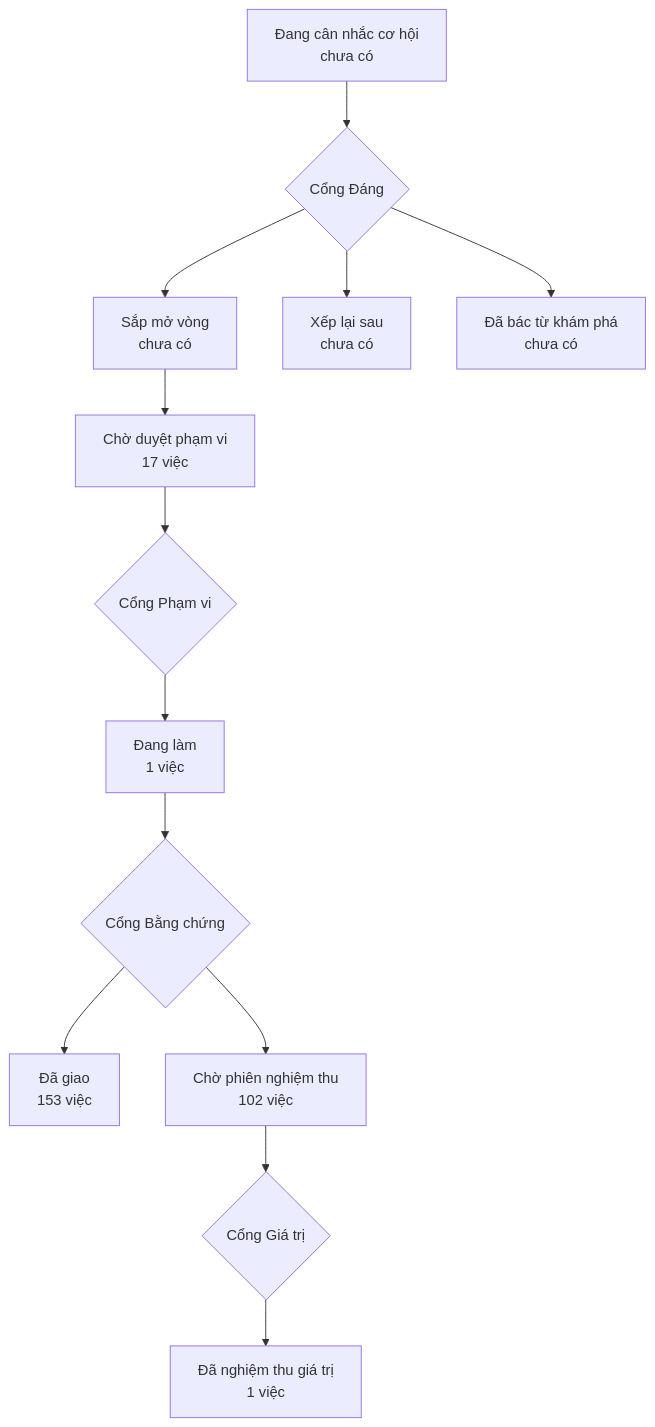
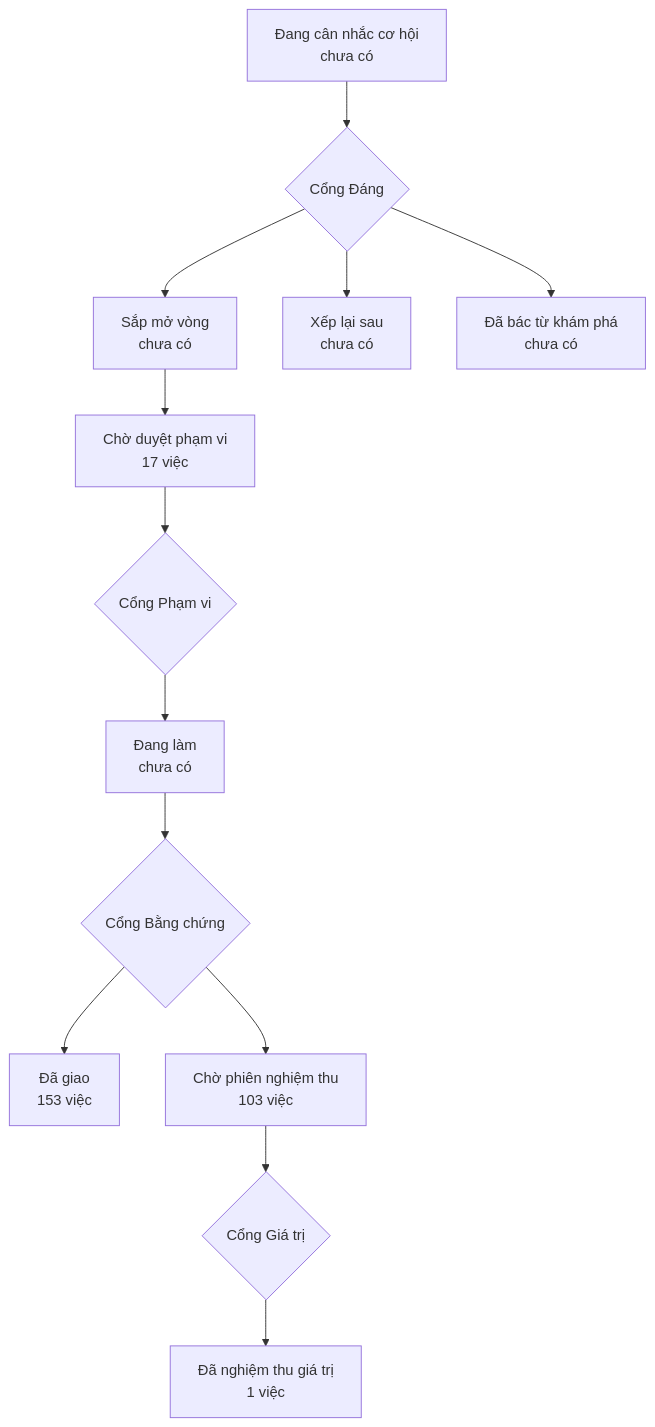
One commit to phanlemanh/onehub-invest changed the diagram in PRODUCT-MAP.md. Above: the diagram before and after it, drawn with Mermaid. The commit also changed other lines of this file and 4 other files, not shown here.

````diff
--- a/PRODUCT-MAP.md
+++ b/PRODUCT-MAP.md
@@ -7,12 +7,12 @@
 ```mermaid
 flowchart TD
   A["Đang cân nhắc cơ hội<br/>chưa có"] --> GD{"Cổng Đáng"}
   GD --> B["Sắp mở vòng<br/>chưa có"]
   GD --> XL["Xếp lại sau<br/>chưa có"]
   GD --> DB["Đã bác từ khám phá<br/>chưa có"]
   B --> CD["Chờ duyệt phạm vi<br/>17 việc"] --> GP{"Cổng Phạm vi"}
-  GP --> DL["Đang làm<br/>1 việc"] --> GB{"Cổng Bằng chứng"}
+  GP --> DL["Đang làm<br/>chưa có"] --> GB{"Cổng Bằng chứng"}
   GB --> DG["Đã giao<br/>153 việc"]
-  GB --> CN["Chờ phiên nghiệm thu<br/>102 việc"] --> GG{"Cổng Giá trị"}
+  GB --> CN["Chờ phiên nghiệm thu<br/>103 việc"] --> GG{"Cổng Giá trị"}
   GG --> NT["Đã nghiệm thu giá trị<br/>1 việc"]
 ```
````
